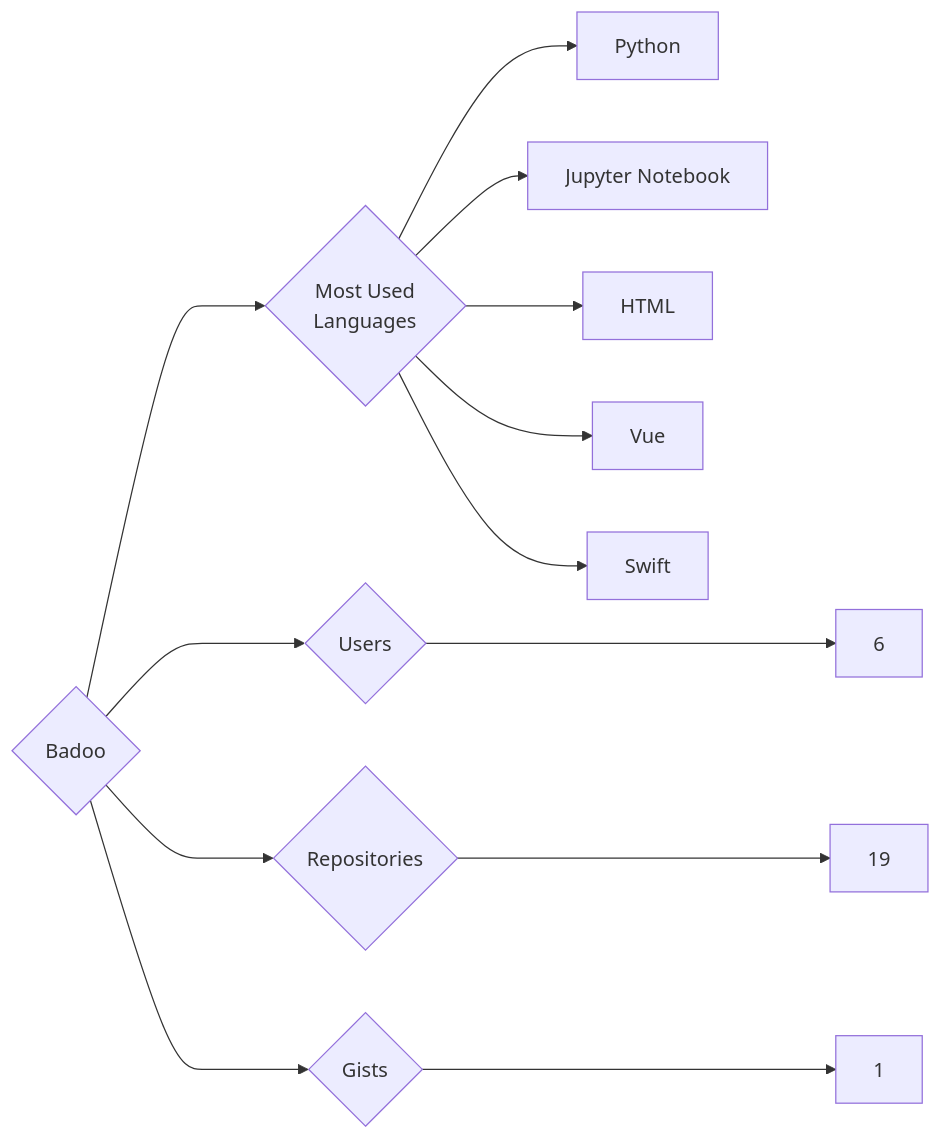
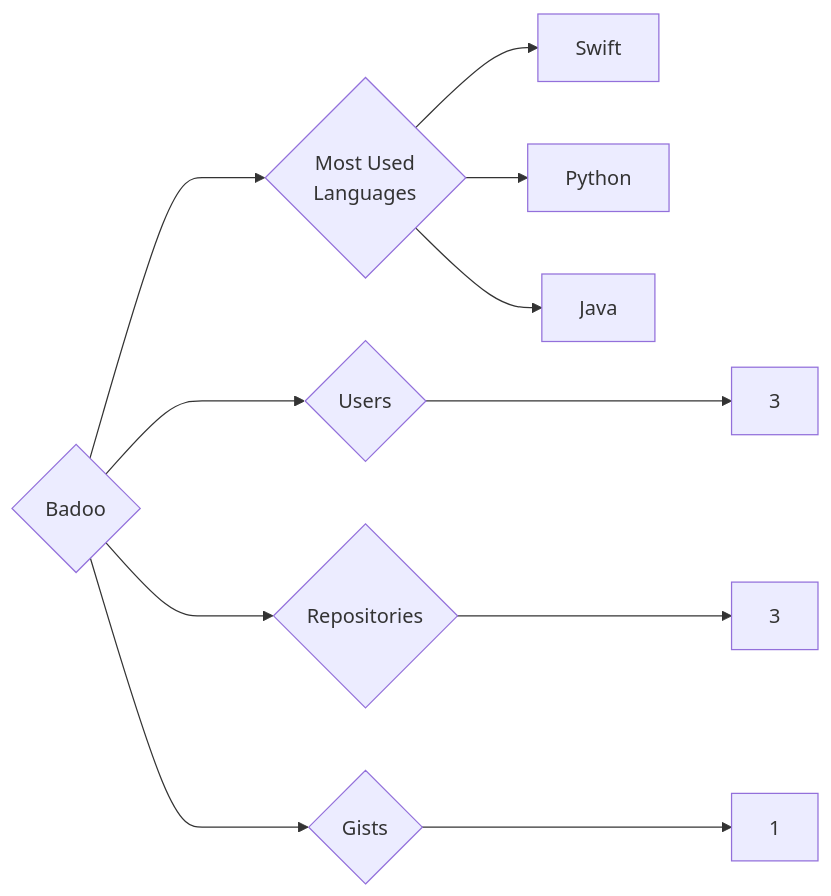
The diagram in targets/Badoo/README.md (trickest/insiders), drawn with Mermaid before and after one commit. The commit also changed 1036 other files, not shown here.

````diff
--- a/targets/Badoo/README.md
+++ b/targets/Badoo/README.md
@@ -3,13 +3,11 @@
 ```mermaid
 graph LR
 COMPANY_NAME{Badoo}
-COMPANY_NAME ---> U{Users} ---> UN[6]
-COMPANY_NAME ---> R{Repositories} ---> RN[19]
+COMPANY_NAME ---> U{Users} ---> UN[3]
+COMPANY_NAME ---> R{Repositories} ---> RN[3]
 COMPANY_NAME ---> G{Gists} ---> GN[1]
 COMPANY_NAME ---> ML{Most Used<br>Languages}
+ML --> Swift[Swift]
 ML --> Python[Python]
-ML --> Jupyter_Notebook[Jupyter Notebook]
-ML --> HTML[HTML]
-ML --> Vue[Vue]
-ML --> Swift[Swift]
+ML --> Java[Java]
 ```
````
